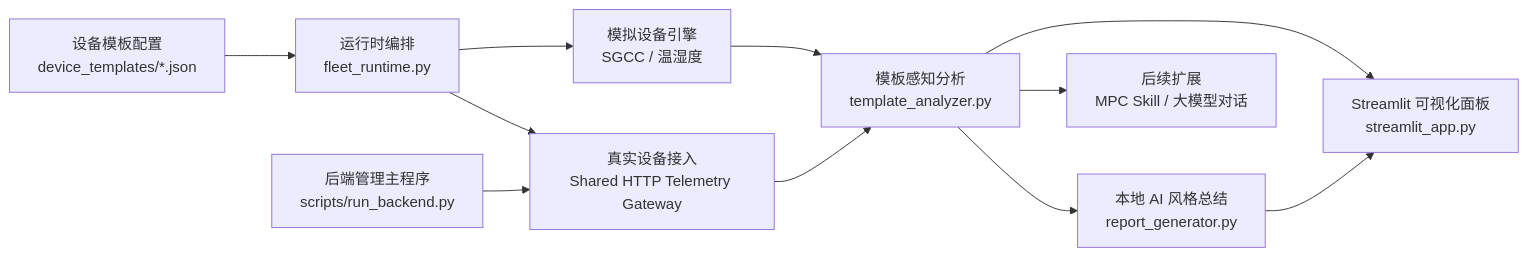
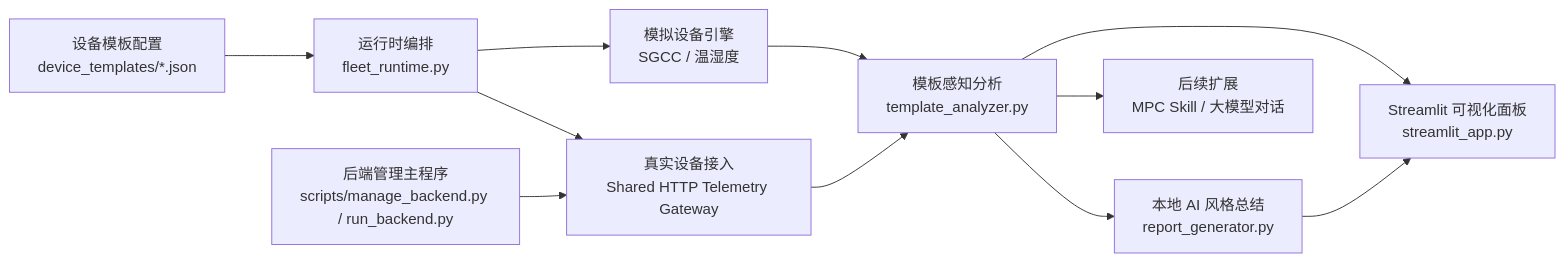
One commit to Spphire/DeviceSentinel-AI changed the diagram in README.md. Above: the diagram before and after it, drawn with Mermaid. The commit also changed other lines of this file and 15 other files, not shown here.

````diff
--- a/README.md
+++ b/README.md
@@ -52,13 +52,13 @@
 ```mermaid
 flowchart LR
     A["设备模板配置<br/>device_templates/*.json"] --> B["运行时编排<br/>fleet_runtime.py"]
     B --> C["模拟设备引擎<br/>SGCC / 温湿度"]
     B --> D["真实设备接入<br/>Shared HTTP Telemetry Gateway"]
     C --> E["模板感知分析<br/>template_analyzer.py"]
     D --> E
     E --> F["本地 AI 风格总结<br/>report_generator.py"]
     E --> G["Streamlit 可视化面板<br/>streamlit_app.py"]
     F --> G
-    I["后端管理主程序<br/>scripts/run_backend.py"] --> D
+    I["后端管理主程序<br/>scripts/manage_backend.py / run_backend.py"] --> D
     E --> H["后续扩展<br/>MPC Skill / 大模型对话"]
 ```
````
